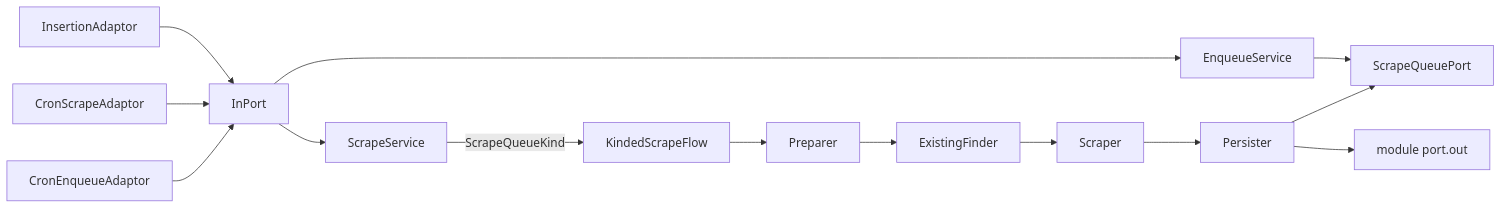
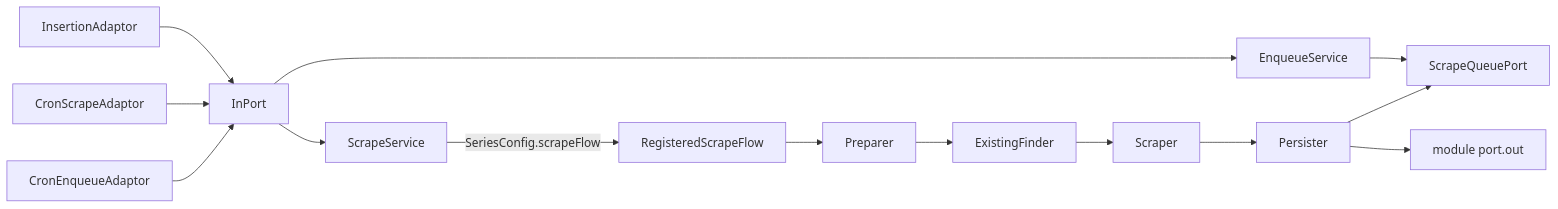
Before and after one commit to KGjertsson/macro-hub: the second of 3 diagrams in macro-backend/macro-analyzer/README.md, drawn with Mermaid. The commit also changed other lines of this file and 29 other files, not shown here.

First line of the commit message:
refactor: data-driven scrape flows (#59)

````diff
--- a/macro-backend/macro-analyzer/README.md
+++ b/macro-backend/macro-analyzer/README.md
@@ -27,12 +27,12 @@
 ```mermaid
 flowchart LR
     InsertionAdaptor --> InPort
     CronScrapeAdaptor --> InPort
     CronEnqueueAdaptor --> InPort
     InPort --> EnqueueService --> ScrapeQueuePort
     InPort --> ScrapeService
-    ScrapeService -- ScrapeQueueKind --> KindedScrapeFlow
-    KindedScrapeFlow --> Preparer --> ExistingFinder --> Scraper --> Persister
+    ScrapeService -- SeriesConfig.scrapeFlow --> RegisteredScrapeFlow
+    RegisteredScrapeFlow --> Preparer --> ExistingFinder --> Scraper --> Persister
     Persister --> RepositoryPort[module port.out]
     Persister --> ScrapeQueuePort
 ```
````
